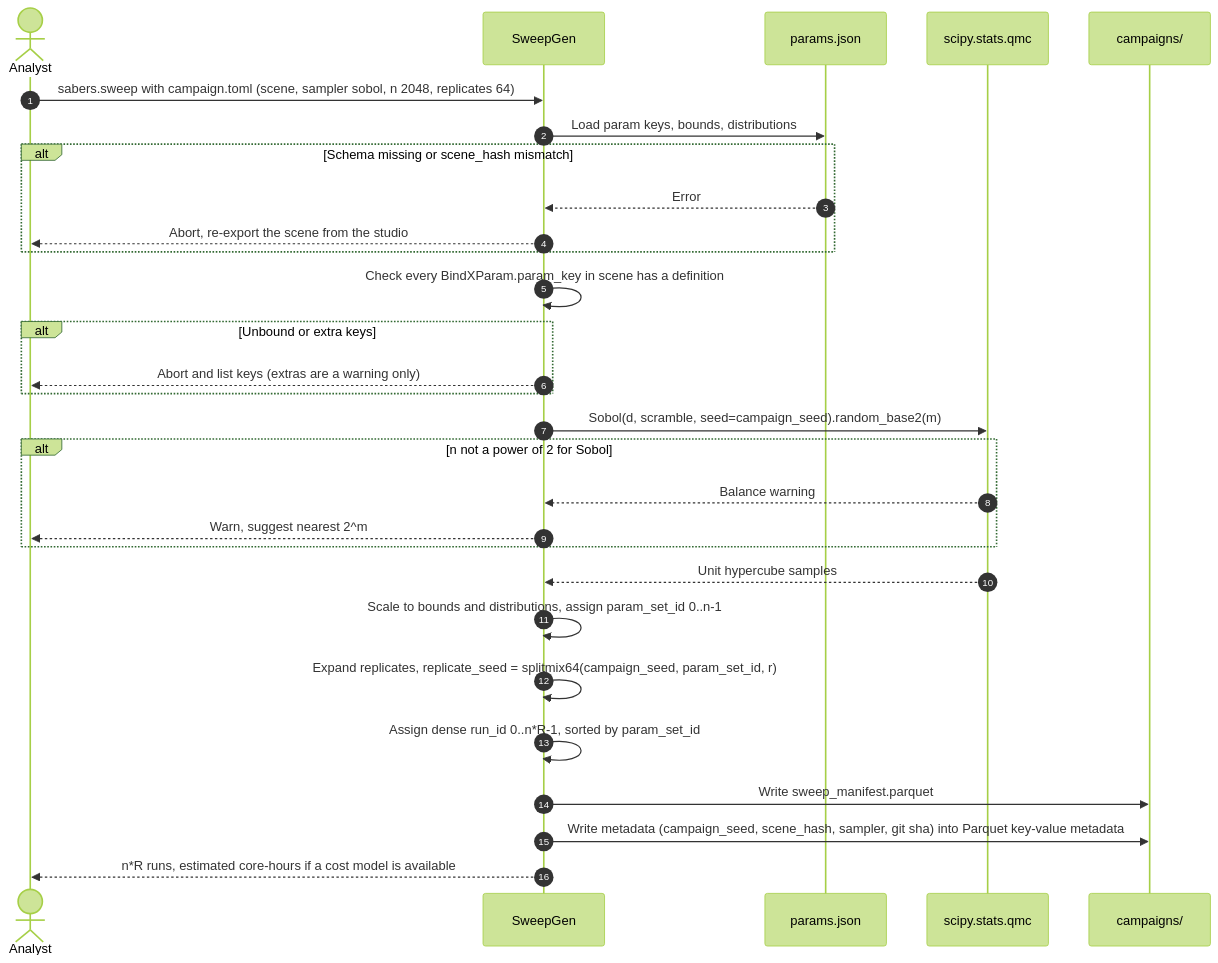
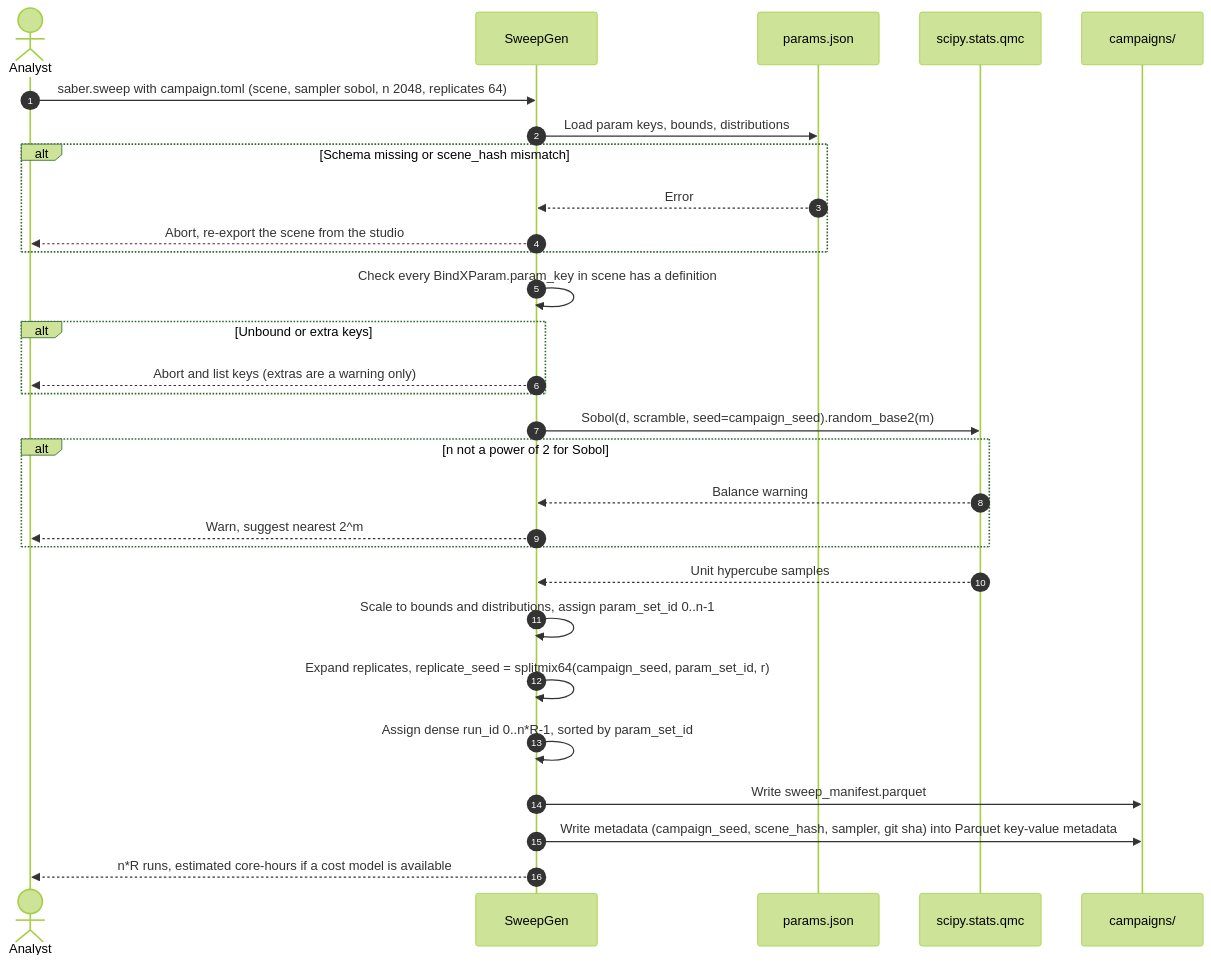
One commit to Schmiedium/SABER changed the sixth of 18 diagrams in docs/design/sequence-diagrams.md. Above: the diagram before and after it, drawn with Mermaid (forest theme). The commit also changed other lines of this file and 6 other files, not shown here.

First line of the commit message:
Rename sabers identifiers to saber across the design docs (D18)

````diff
--- a/docs/design/sequence-diagrams.md
+++ b/docs/design/sequence-diagrams.md
@@ -347,32 +347,32 @@
 ```mermaid
 sequenceDiagram
     autonumber
     actor Analyst
     participant SweepGen
     participant Schema as params.json
     participant QMC as scipy.stats.qmc
     participant Disk as campaigns/
 
-    Analyst->>SweepGen: sabers.sweep with campaign.toml (scene, sampler sobol, n 2048, replicates 64)
+    Analyst->>SweepGen: saber.sweep with campaign.toml (scene, sampler sobol, n 2048, replicates 64)
     SweepGen->>Schema: Load param keys, bounds, distributions
     alt Schema missing or scene_hash mismatch
         Schema-->>SweepGen: Error
         SweepGen-->>Analyst: Abort, re-export the scene from the studio
     end
     SweepGen->>SweepGen: Check every BindXParam.param_key in scene has a definition
     alt Unbound or extra keys
         SweepGen-->>Analyst: Abort and list keys (extras are a warning only)
     end
     SweepGen->>QMC: Sobol(d, scramble, seed=campaign_seed).random_base2(m)
     alt n not a power of 2 for Sobol
         QMC-->>SweepGen: Balance warning
         SweepGen-->>Analyst: Warn, suggest nearest 2^m
     end
     QMC-->>SweepGen: Unit hypercube samples
     SweepGen->>SweepGen: Scale to bounds and distributions, assign param_set_id 0..n-1
     SweepGen->>SweepGen: Expand replicates, replicate_seed = splitmix64(campaign_seed, param_set_id, r)
     SweepGen->>SweepGen: Assign dense run_id 0..n*R-1, sorted by param_set_id
     SweepGen->>Disk: Write sweep_manifest.parquet
     SweepGen->>Disk: Write metadata (campaign_seed, scene_hash, sampler, git sha) into Parquet key-value metadata
     SweepGen-->>Analyst: n*R runs, estimated core-hours if a cost model is available
 ```
````
